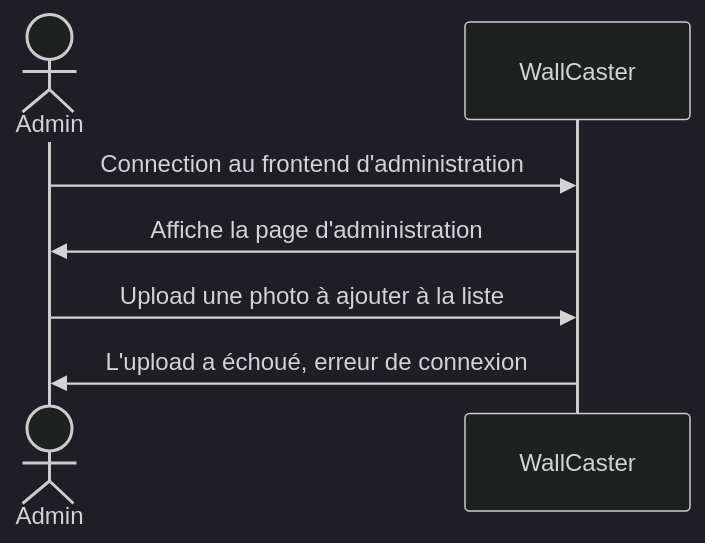
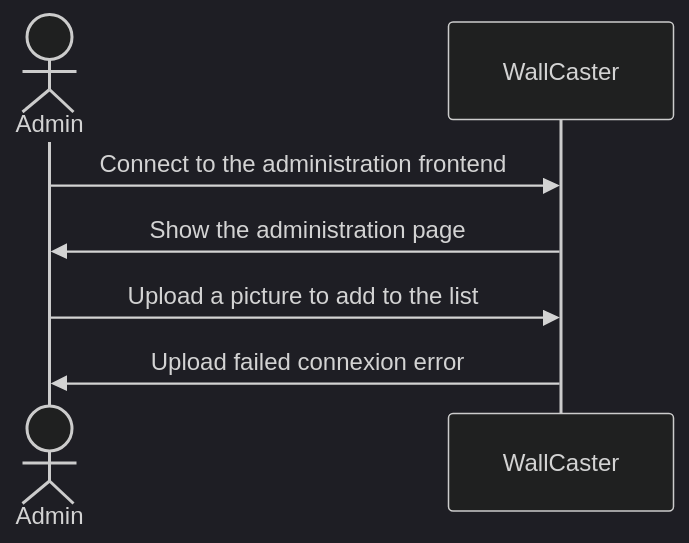
Before and after one commit to WallCaster/WallCaster: the fourth of 17 diagrams in doc/analisis-report.md, drawn with Mermaid (dark theme). The commit also changed other lines of this file, not shown here.

````diff
--- a/doc/analisis-report.md
+++ b/doc/analisis-report.md
@@ -121,10 +121,10 @@
 ```mermaid
 sequenceDiagram
   actor Admin
   participant S as WallCaster
 
-Admin ->> S : Connection au frontend d'administration
-S ->> Admin : Affiche la page d'administration
-Admin ->> S : Upload une photo à ajouter à la liste
-S ->> Admin : L'upload a échoué, erreur de connexion
+Admin ->> S : Connect to the administration frontend
+S ->> Admin : Show the administration page
+Admin ->> S : Upload a picture to add to the list
+S ->> Admin : Upload failed connexion error
 ```
````
